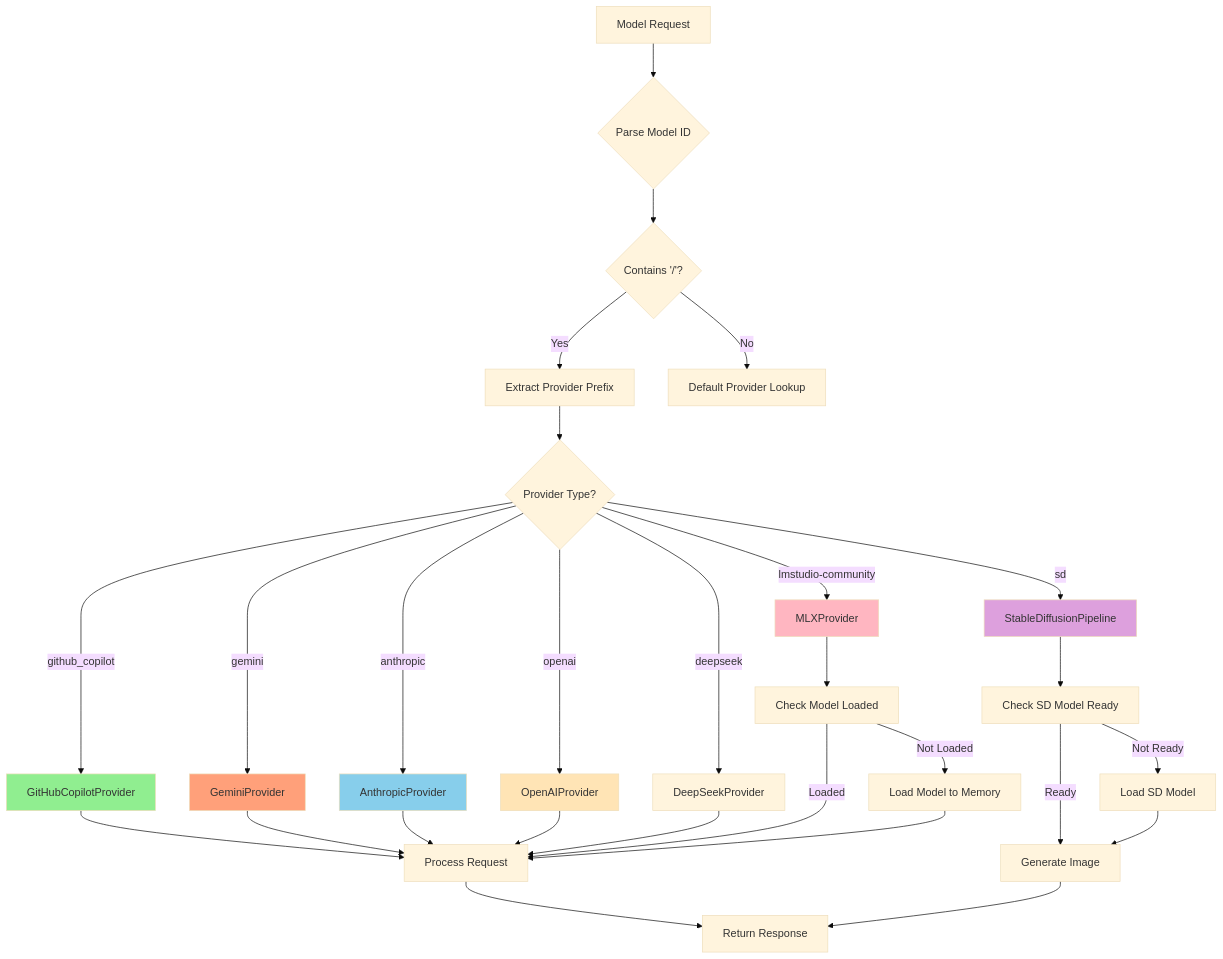
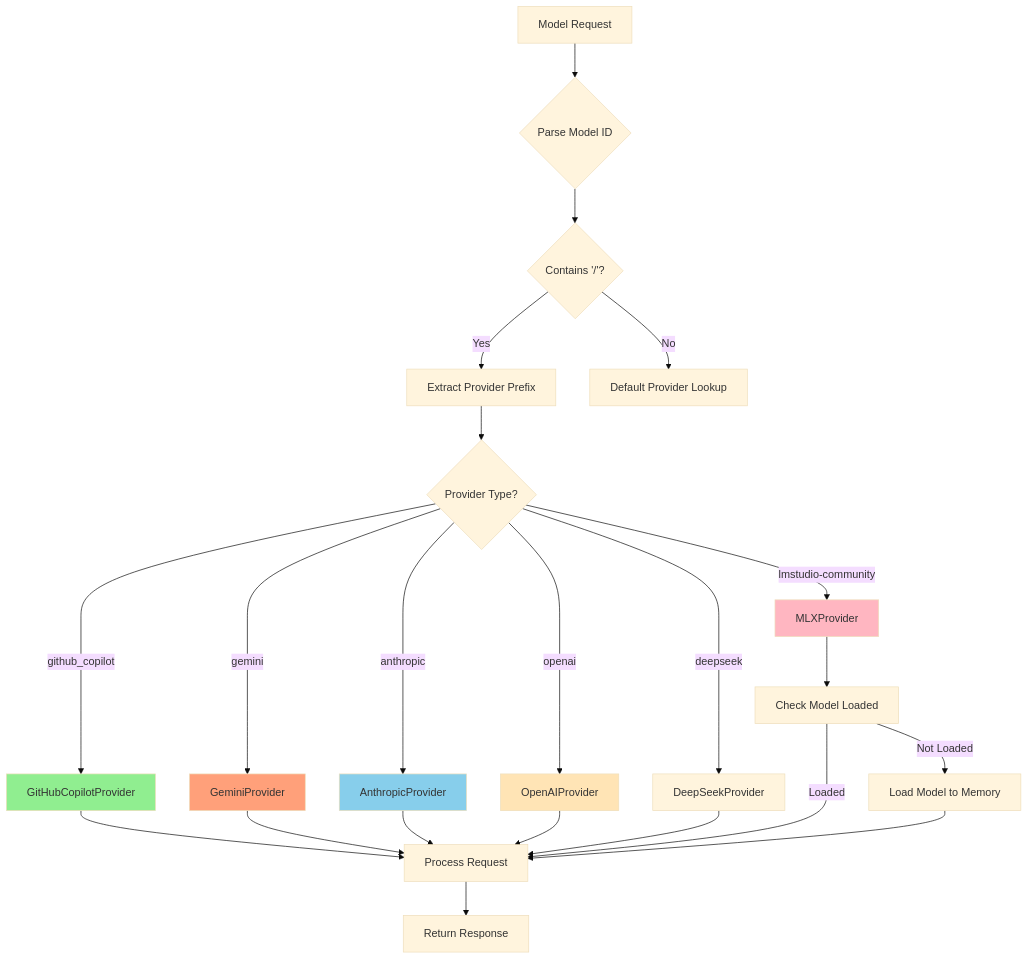
Before and after one commit to SyntheticAutonomicMind/SAM: the third of 8 diagrams in project-docs/flows/model_loading_flow.md, drawn with Mermaid (base theme). The commit also changed other lines of this file and 184 other files, not shown here.

````diff
--- a/project-docs/flows/model_loading_flow.md
+++ b/project-docs/flows/model_loading_flow.md
@@ -126,44 +126,37 @@
 ```mermaid
 flowchart TD
     A[Model Request] --> B{Parse Model ID}
     
     B --> C{Contains '/'?}
     C -->|Yes| D[Extract Provider Prefix]
     C -->|No| E[Default Provider Lookup]
     
     D --> F{Provider Type?}
     
     F -->|github_copilot| G[GitHubCopilotProvider]
     F -->|gemini| GEM[GeminiProvider]
     F -->|anthropic| H[AnthropicProvider]
     F -->|openai| I[OpenAIProvider]
     F -->|deepseek| J[DeepSeekProvider]
     F -->|lmstudio-community| K[MLXProvider]
-    F -->|sd| L[StableDiffusionPipeline]
     
     G --> M[Process Request]
     GEM --> M
     H --> M
     I --> M
     J --> M
     K --> N[Check Model Loaded]
-    L --> O[Check SD Model Ready]
     
     N -->|Loaded| M
     N -->|Not Loaded| P[Load Model to Memory]
     P --> M
     
-    O -->|Ready| Q[Generate Image]
-    O -->|Not Ready| R[Load SD Model]
-    R --> Q
     
     M --> S[Return Response]
-    Q --> S
     
     style G fill:#90EE90
     style GEM fill:#FFA07A
     style H fill:#87CEEB
     style I fill:#FFE4B5
     style K fill:#FFB6C1
-    style L fill:#DDA0DD
 ```
````
